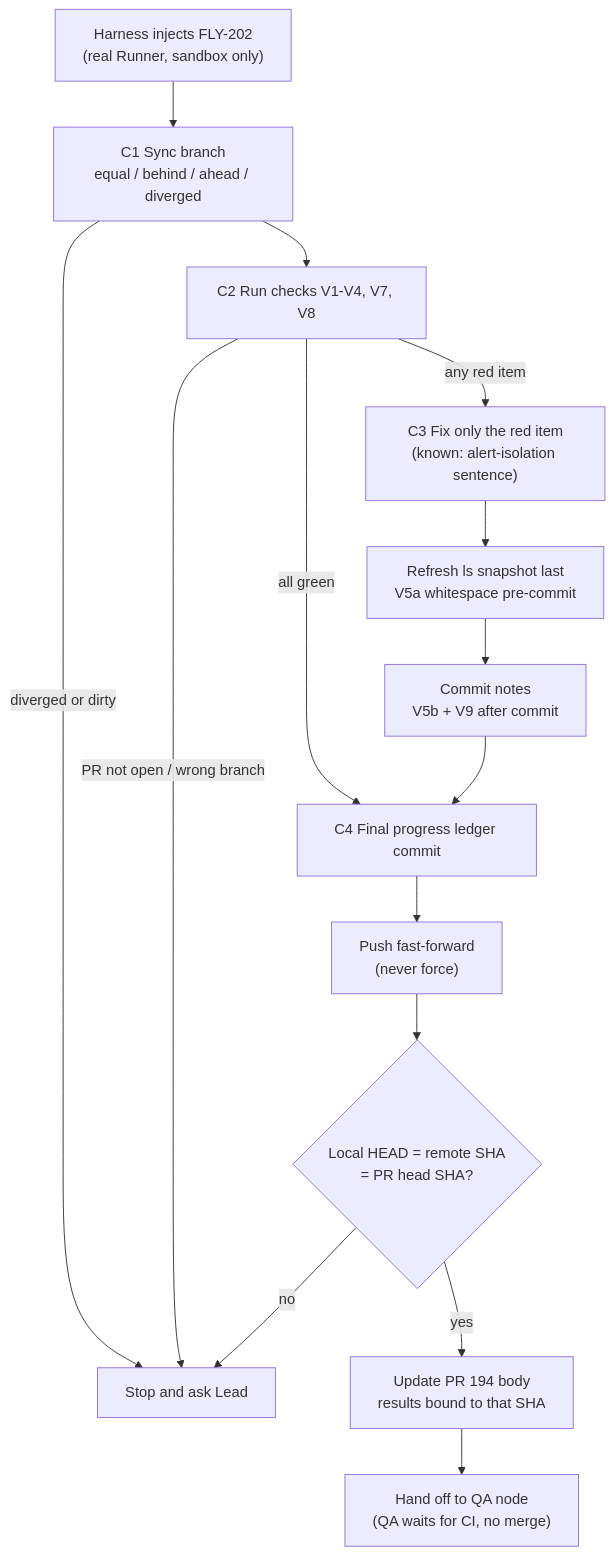
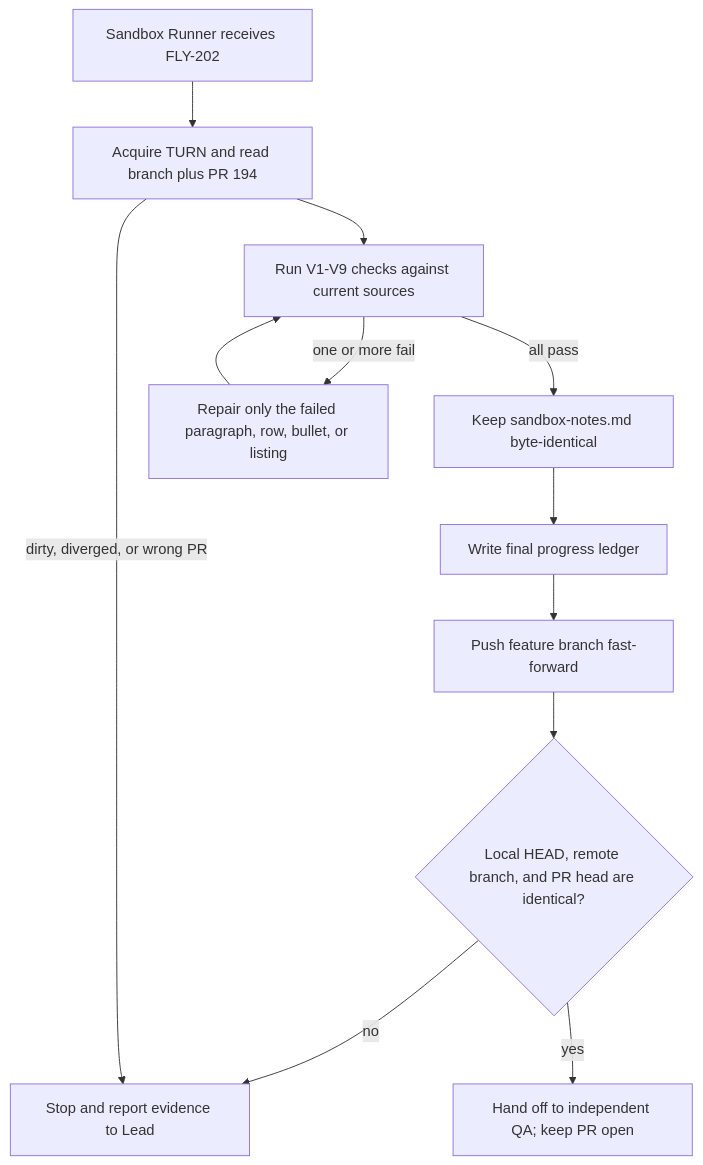
One commit to xrliAnnie/flywheel-qa-sandbox changed the diagram in engineering/doc/FLY-202-sandbox-notes-e2e/FLY-202-d1-flow.mmd. Above: the diagram before and after it, drawn with Mermaid. The commit also changed 7 other files, not shown here.

Commit message:
docs(FLY-202): refresh founder design report

```diff
--- a/engineering/doc/FLY-202-sandbox-notes-e2e/FLY-202-d1-flow.mmd
+++ b/engineering/doc/FLY-202-sandbox-notes-e2e/FLY-202-d1-flow.mmd
@@ -1,15 +1,12 @@
 flowchart TD
-  A["Harness injects FLY-202<br/>(real Runner, sandbox only)"] --> B["C1 Sync branch<br/>equal / behind / ahead / diverged"]
-  B -->|diverged or dirty| X["Stop and ask Lead"]
-  B --> C["C2 Run checks V1-V4, V7, V8"]
-  C -->|PR not open / wrong branch| X
-  C -->|any red item| D["C3 Fix only the red item<br/>(known: alert-isolation sentence)"]
-  C -->|all green| E
-  D --> D2["Refresh ls snapshot last<br/>V5a whitespace pre-commit"]
-  D2 --> D3["Commit notes<br/>V5b + V9 after commit"]
-  D3 --> E["C4 Final progress ledger commit"]
-  E --> F["Push fast-forward<br/>(never force)"]
-  F --> G{"Local HEAD = remote SHA<br/>= PR head SHA?"}
-  G -->|no| X
-  G -->|yes| H["Update PR 194 body<br/>results bound to that SHA"]
-  H --> I["Hand off to QA node<br/>(QA waits for CI, no merge)"]
+  A["Sandbox Runner receives FLY-202"] --> B["Acquire TURN and read branch plus PR 194"]
+  B --> C["Run V1-V9 checks against current sources"]
+  C -->|all pass| D["Keep sandbox-notes.md byte-identical"]
+  C -->|one or more fail| E["Repair only the failed paragraph, row, bullet, or listing"]
+  E --> C
+  D --> F["Write final progress ledger"]
+  F --> G["Push feature branch fast-forward"]
+  G --> H{"Local HEAD, remote branch, and PR head are identical?"}
+  H -->|no| X["Stop and report evidence to Lead"]
+  H -->|yes| I["Hand off to independent QA; keep PR open"]
+  B -->|dirty, diverged, or wrong PR| X
```
